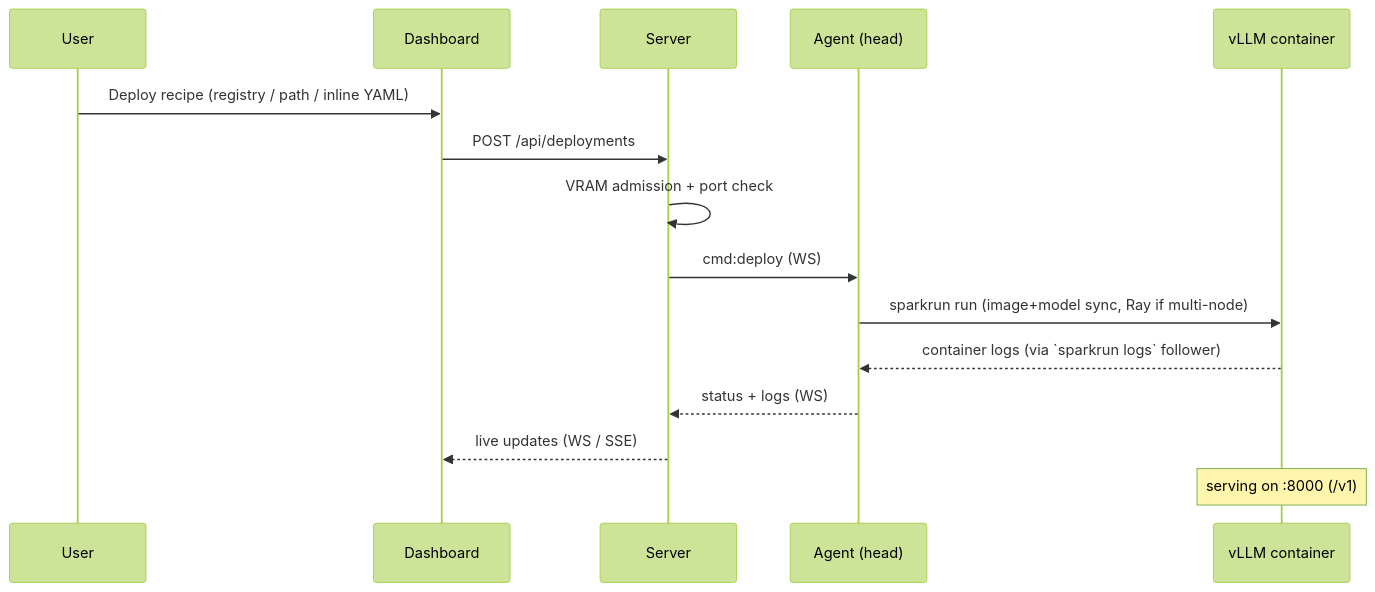
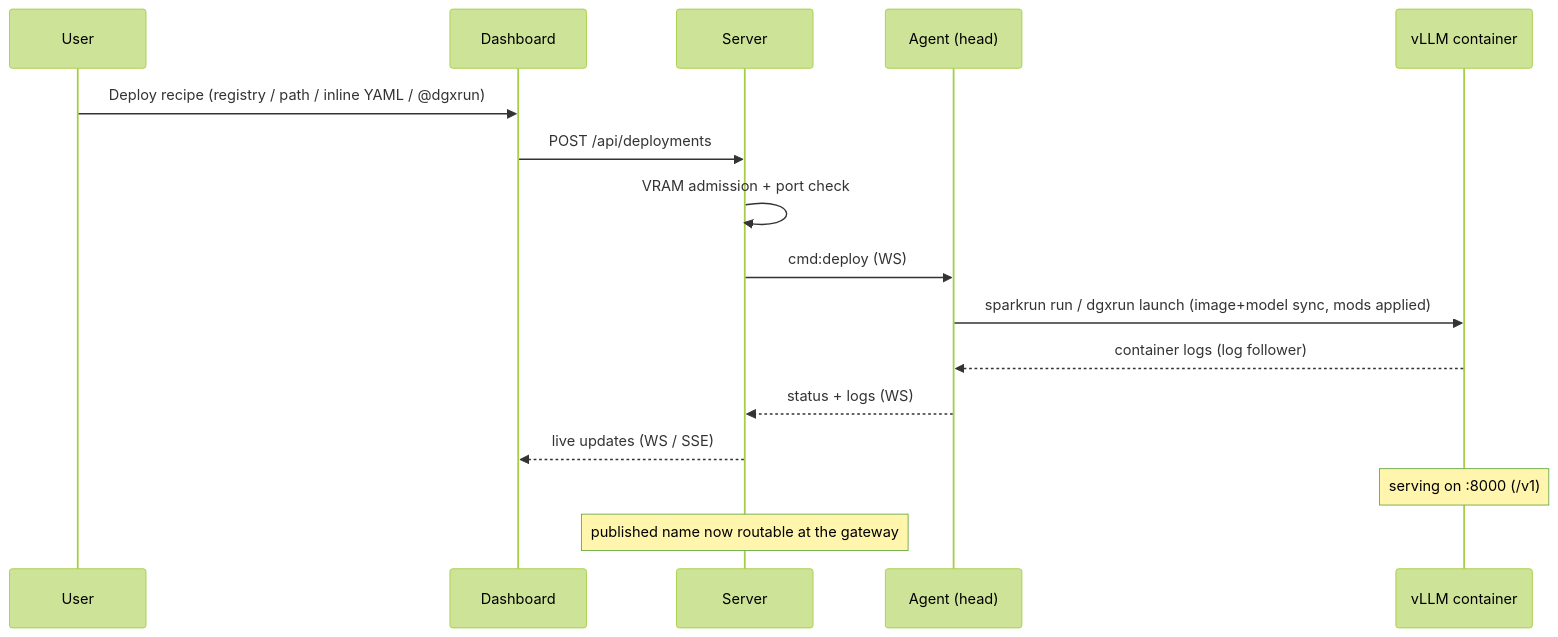
The second of 2 diagrams in README.md (kreuzhofer/dgx-manager), drawn with Mermaid (forest theme) before and after one commit. The commit also changed other lines of this file and 1 other file, not shown here.

First line of the commit message:
docs: refresh the README and the self-hosting recipe section

````diff
--- a/README.md
+++ b/README.md
@@ -43,17 +51,18 @@
 ```mermaid
 sequenceDiagram
     participant U as User
     participant D as Dashboard
     participant S as Server
     participant A as Agent (head)
     participant C as vLLM container
-    U->>D: Deploy recipe (registry / path / inline YAML)
+    U->>D: Deploy recipe (registry / path / inline YAML / @dgxrun)
     D->>S: POST /api/deployments
     S->>S: VRAM admission + port check
     S->>A: cmd:deploy (WS)
-    A->>C: sparkrun run (image+model sync, Ray if multi-node)
-    C-->>A: container logs (via `sparkrun logs` follower)
+    A->>C: sparkrun run / dgxrun launch (image+model sync, mods applied)
+    C-->>A: container logs (log follower)
     A-->>S: status + logs (WS)
     S-->>D: live updates (WS / SSE)
     Note over C: serving on :8000 (/v1)
+    Note over S: published name now routable at the gateway
 ```
````
